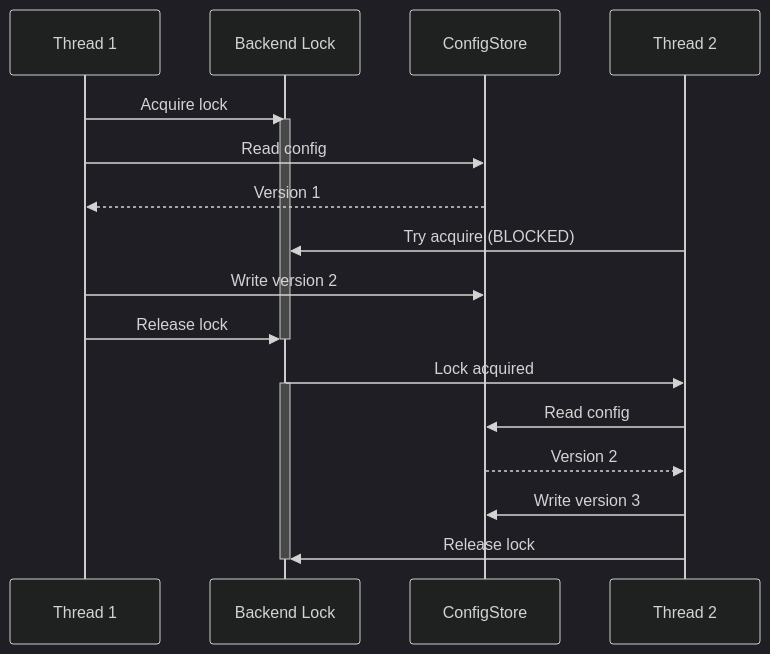
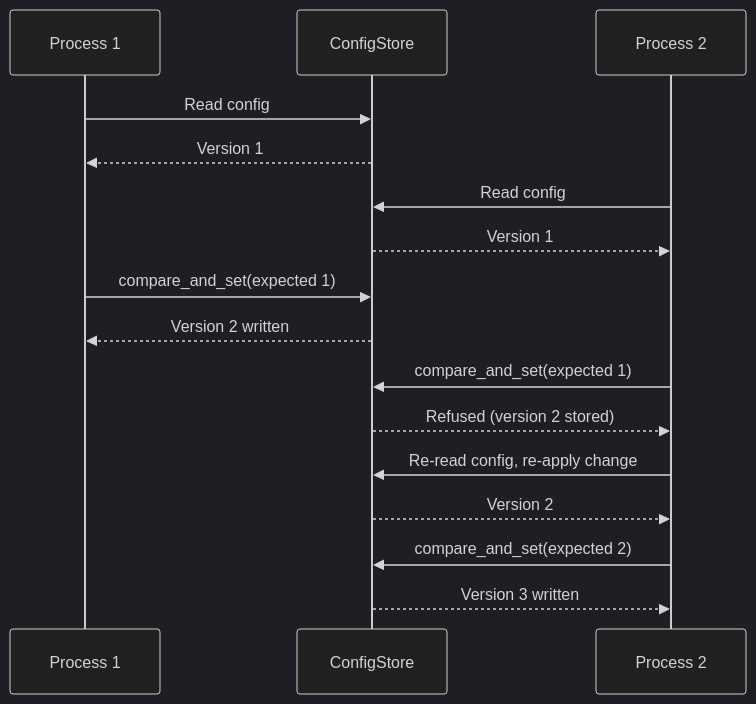
The third of 4 diagrams in docs/architecture/dynamic-profiles.md (amit-jain/cogniverse), drawn with Mermaid (dark theme) before and after one commit. The commit also changed other lines of this file and 25 other files, not shown here.

````diff
--- a/docs/architecture/dynamic-profiles.md
+++ b/docs/architecture/dynamic-profiles.md
@@ -483,24 +479,19 @@
 ```mermaid
 sequenceDiagram
-    participant T1 as Thread 1
-    participant Lock as Backend Lock
+    participant P1 as Process 1
     participant Store as ConfigStore
-    participant T2 as Thread 2
+    participant P2 as Process 2
 
-    T1->>Lock: Acquire lock
-    activate Lock
-    T1->>Store: Read config
-    Store-->>T1: Version 1
-    T2->>Lock: Try acquire (BLOCKED)
-    T1->>Store: Write version 2
-    T1->>Lock: Release lock
-    deactivate Lock
-
-    Lock->>T2: Lock acquired
-    activate Lock
-    T2->>Store: Read config
-    Store-->>T2: Version 2
-    T2->>Store: Write version 3
-    T2->>Lock: Release lock
-    deactivate Lock
+    P1->>Store: Read config
+    Store-->>P1: Version 1
+    P2->>Store: Read config
+    Store-->>P2: Version 1
+    P1->>Store: compare_and_set(expected 1)
+    Store-->>P1: Version 2 written
+    P2->>Store: compare_and_set(expected 1)
+    Store-->>P2: Refused (version 2 stored)
+    P2->>Store: Re-read config, re-apply change
+    Store-->>P2: Version 2
+    P2->>Store: compare_and_set(expected 2)
+    Store-->>P2: Version 3 written
 ```
````
